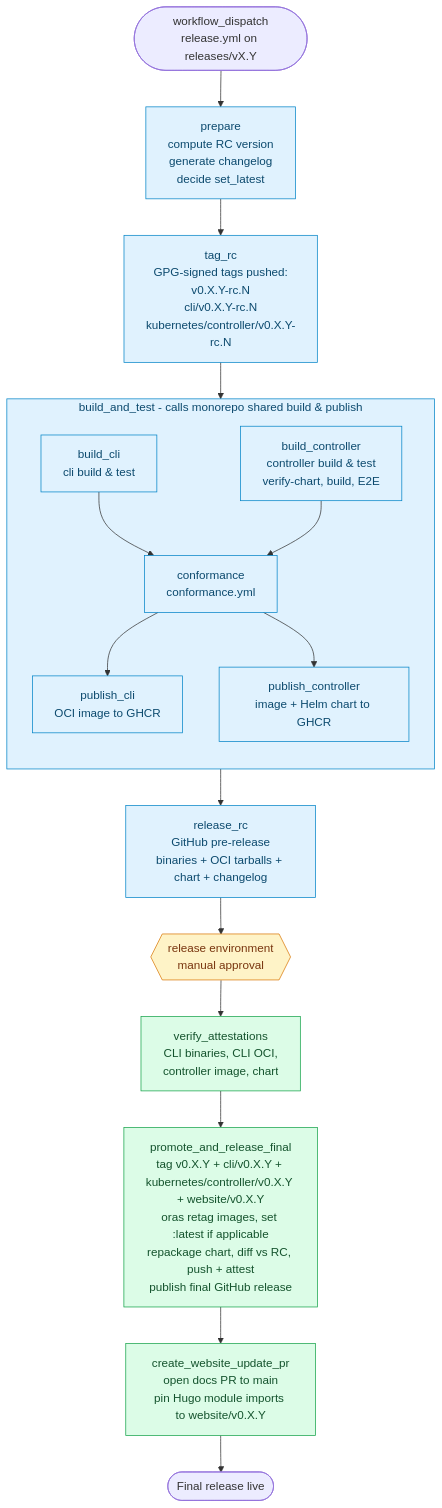
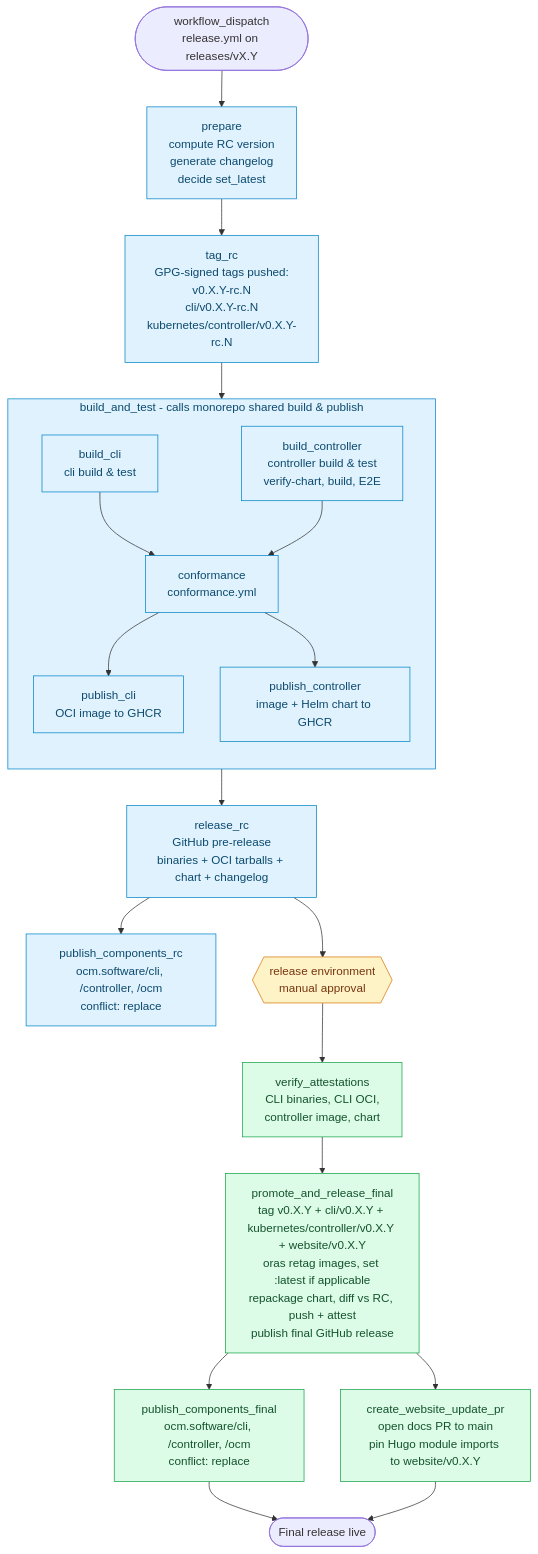
Before and after one commit to open-component-model/open-component-model: the second of 2 diagrams in RELEASE_PROCESS.md, drawn with Mermaid. The commit also changed other lines of this file and 6 other files, not shown here.

First line of the commit message:
feat(release): add publish OCM component-versions for CLI, controller and product to release workflow (#3071)

````diff
--- a/RELEASE_PROCESS.md
+++ b/RELEASE_PROCESS.md
@@ -58,36 +58,39 @@
 ```mermaid
 flowchart TD
     Start([workflow_dispatch<br/>release.yml on releases/vX.Y])
     Start --> Prepare[prepare<br/>compute RC version<br/>generate changelog<br/>decide set_latest]
     Prepare --> TagRC[tag_rc<br/>GPG-signed tags pushed:<br/>v0.X.Y-rc.N<br/>cli/v0.X.Y-rc.N<br/>kubernetes/controller/v0.X.Y-rc.N]
     TagRC --> Pipeline
 
     subgraph Pipeline["build_and_test - calls monorepo shared build & publish"]
         direction TB
         BuildCLI["build_cli<br/>cli build & test"]
         BuildCtl["build_controller<br/>controller build & test<br/>verify-chart, build, E2E"]
         Conf[conformance<br/>conformance.yml]
         PubCLI[publish_cli<br/>OCI image to GHCR]
         PubCtl[publish_controller<br/>image + Helm chart to GHCR]
 
         BuildCLI --> Conf
         BuildCtl --> Conf
         Conf --> PubCLI
         Conf --> PubCtl
     end
 
     Pipeline --> ReleaseRC[release_rc<br/>GitHub pre-release<br/>binaries + OCI tarballs + chart + changelog]
+    ReleaseRC --> PubCompRC[publish_components_rc<br/>ocm.software/cli, /controller, /ocm<br/>conflict: replace]
     ReleaseRC --> Gate{{release environment<br/>manual approval}}
     Gate --> Verify[verify_attestations<br/>CLI binaries, CLI OCI,<br/>controller image, chart]
     Verify --> Promote[promote_and_release_final<br/>tag v0.X.Y + cli/v0.X.Y + kubernetes/controller/v0.X.Y + website/v0.X.Y<br/>oras retag images, set :latest if applicable<br/>repackage chart, diff vs RC, push + attest<br/>publish final GitHub release]
+    Promote --> PubCompFinal[publish_components_final<br/>ocm.software/cli, /controller, /ocm<br/>conflict: replace]
     Promote --> WebsiteDocs[create_website_update_pr<br/>open docs PR to main<br/>pin Hugo module imports to website/v0.X.Y]
-    WebsiteDocs --> End([Final release live])
+    PubCompFinal --> End([Final release live])
+    WebsiteDocs --> End
 
     classDef rc fill:#e0f2fe,stroke:#0284c7,color:#0c4a6e
     classDef final fill:#dcfce7,stroke:#16a34a,color:#14532d
     classDef gate fill:#fef3c7,stroke:#d97706,color:#78350f
 
-    class Prepare,TagRC,Pipeline,ReleaseRC,BuildCLI,BuildCtl,Conf,PubCLI,PubCtl rc
-    class Verify,Promote,WebsiteDocs final
+    class Prepare,TagRC,Pipeline,ReleaseRC,PubCompRC,BuildCLI,BuildCtl,Conf,PubCLI,PubCtl rc
+    class Verify,Promote,PubCompFinal,WebsiteDocs final
     class Gate gate
 ```
````
